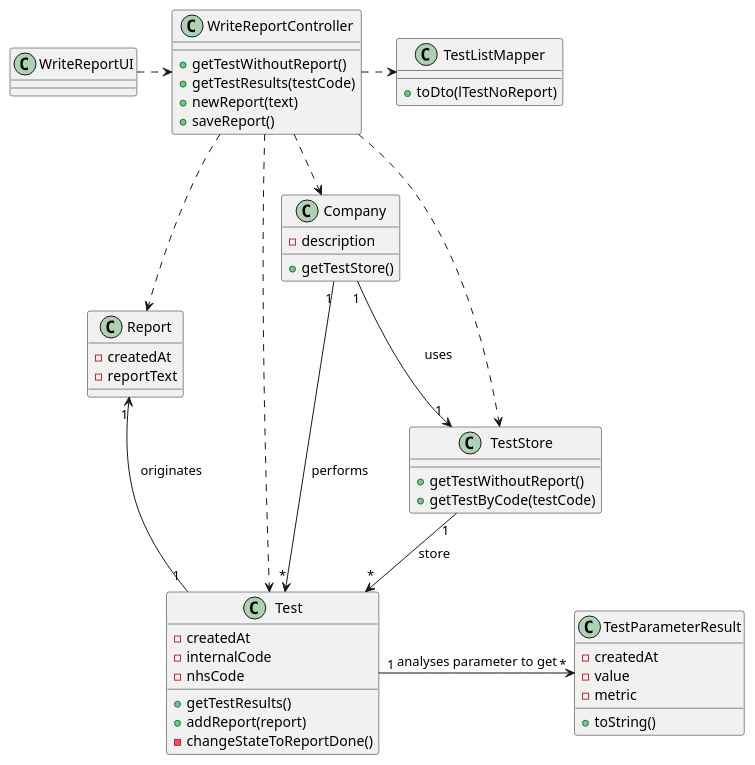
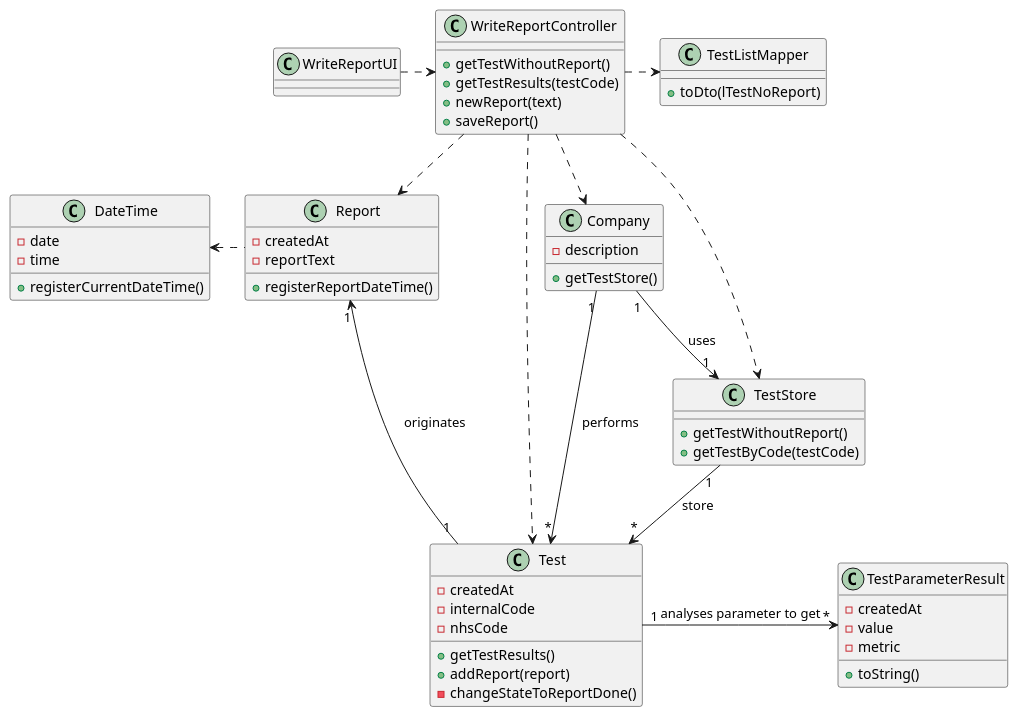
One commit to GuilhermeCunha79/lapr2 changed the diagram in docs/SprintC/US14/US14_CD.puml. Above: the diagram before and after it, drawn with PlantUML. The commit also changed 15 other files, not shown here.

Commit message:
[US14] Commit introduces updates to some diagrams [Implementation] Commit introduces block out of all classes, methods and attributes needed to implement all functionalities of US14

```diff
--- a/docs/SprintC/US14/US14_CD.puml
+++ b/docs/SprintC/US14/US14_CD.puml
@@ -1,60 +1,68 @@
 @startuml
 
 class WriteReportUI {
 }
 
 class WriteReportController {
     +getTestWithoutReport()
     +getTestResults(testCode)
     +newReport(text)
     +saveReport()
 }
 
 class Company {
     -description
     +getTestStore()
 }
 
 class TestStore {
     +getTestWithoutReport()
     +getTestByCode(testCode)
 }
 
 class TestListMapper {
     +toDto(lTestNoReport)
 }
 
 class Test {
     -createdAt
     -internalCode
     -nhsCode
     +getTestResults()
     +addReport(report)
     -changeStateToReportDone()
 }
 
 class TestParameterResult {
     -createdAt
     -value
     -metric
     +toString()
 }
 
 class Report {
     -createdAt
     -reportText
+    +registerReportDateTime()
+}
+
+class DateTime {
+    -date
+    -time
+    +registerCurrentDateTime()
 }
 
 WriteReportUI .right.> WriteReportController
 WriteReportController ..> Company
 WriteReportController ..> TestStore
 WriteReportController .right.> TestListMapper
 WriteReportController ..> Test
 WriteReportController ..> Report
 Company"1" --> "*"Test : "performs"
 Company"1" --> "1"TestStore : "uses"
 TestStore"1" --> "*"Test : "store"
 Test"1" -left-> "1"Report : "originates"
 Test"1" -right-> "*"TestParameterResult : "analyses parameter to get"
+Report .left.> DateTime
 
 @enduml
```
